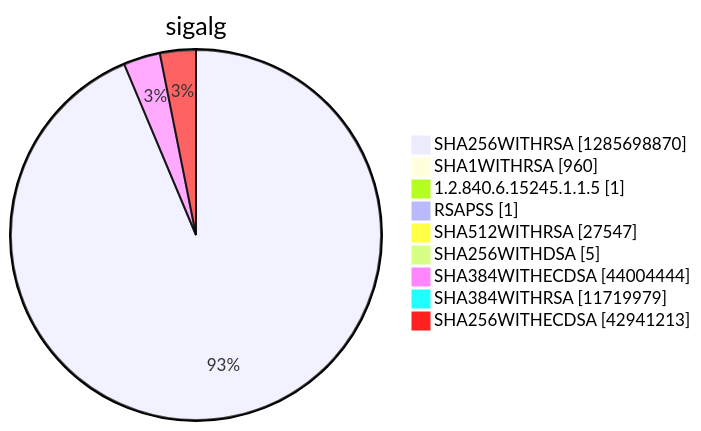
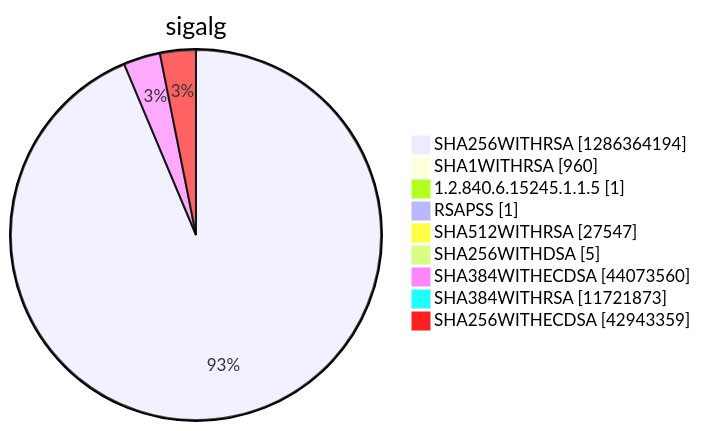
One commit to christiankrug/ctmonitor_visualization changed diagram 15 of 15 in argon2022/README.md. Above: the diagram before and after it, drawn with Mermaid. The commit also changed other lines of this file, not shown here.

````diff
--- a/argon2022/README.md
+++ b/argon2022/README.md
@@ -5523,13 +5523,13 @@
 ```mermaid
 pie showData
 title sigalg
-"SHA256WITHRSA" :1285698870
+"SHA256WITHRSA" :1286364194
 "SHA1WITHRSA" :960
 "1.2.840.6.15245.1.1.5" :1
 "RSAPSS" :1
 "SHA512WITHRSA" :27547
 "SHA256WITHDSA" :5
-"SHA384WITHECDSA" :44004444
-"SHA384WITHRSA" :11719979
-"SHA256WITHECDSA" :42941213
+"SHA384WITHECDSA" :44073560
+"SHA384WITHRSA" :11721873
+"SHA256WITHECDSA" :42943359
 ```
````
